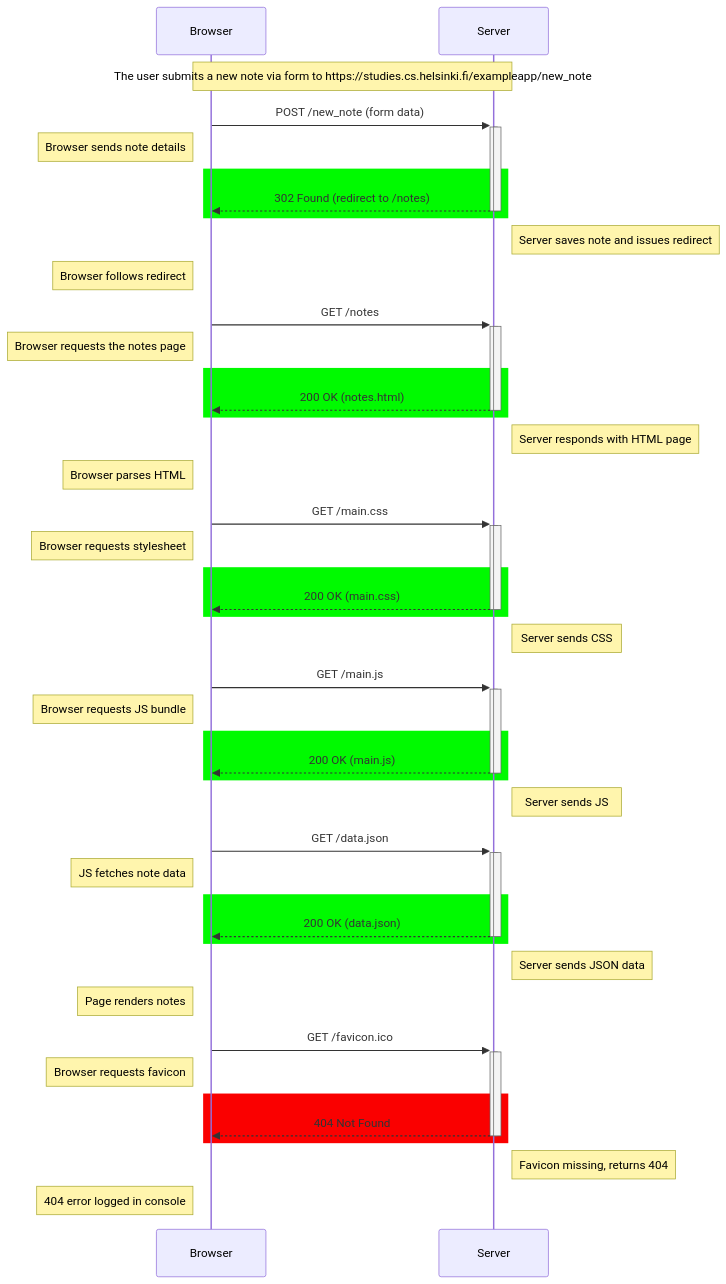
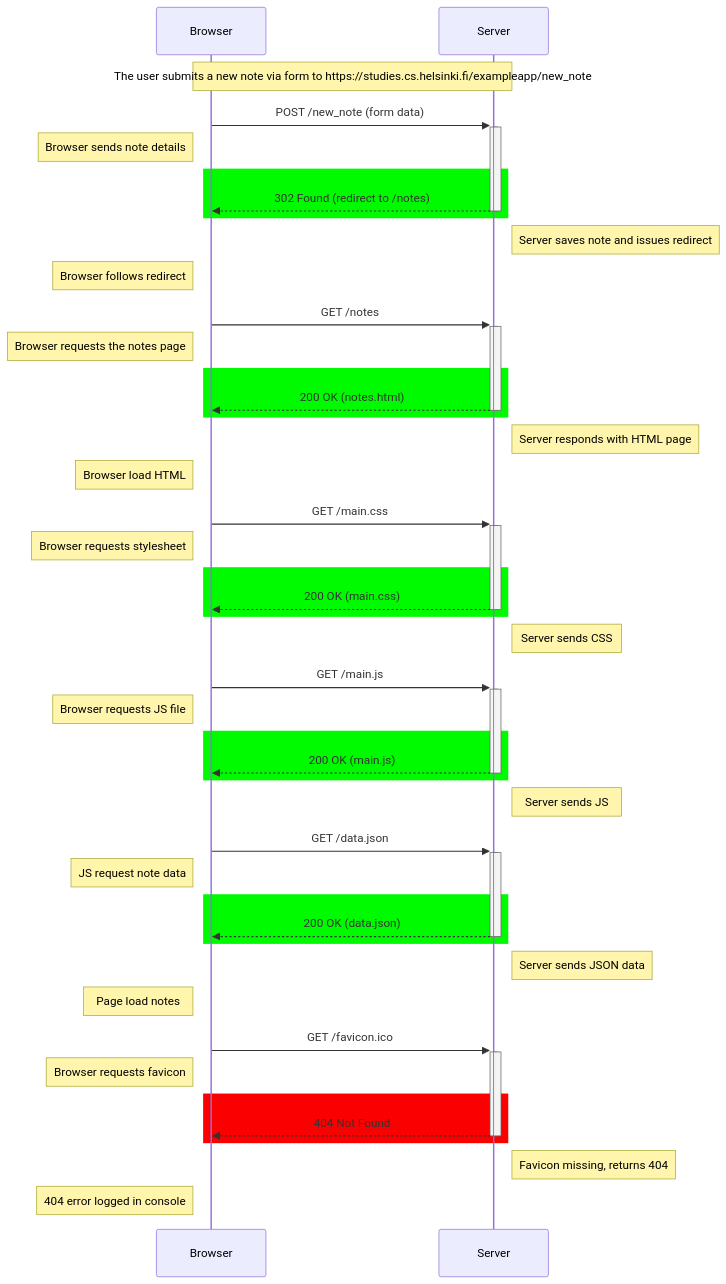
The diagram in part0/0.4 SequenceDiagram.md (elicett/fullstackopen), drawn with Mermaid before and after one commit.

Commit message:
Improved the 0.4 sequence diagram (2)

````diff
--- a/part0/0.4 SequenceDiagram.md
+++ b/part0/0.4 SequenceDiagram.md
@@ -1,65 +1,65 @@
 ```mermaid
 sequenceDiagram
     participant Browser
     participant Server
 
     Note over Browser, Server: The user submits a new note via form to https://studies.cs.helsinki.fi/exampleapp/new_note
 
     Browser->>+Server: POST /new_note (form data)
     activate Server
     Note left of Browser: Browser sends note details
     rect rgb(0,250,0)
     Server-->>-Browser: 302 Found (redirect to /notes)
     deactivate Server
     end
     Note right of Server: Server saves note and issues redirect
     Note left of Browser: Browser follows redirect
 
     Browser->>+Server: GET /notes
     activate Server
     Note left of Browser: Browser requests the notes page
     rect rgb(0,250,0)
     Server-->>-Browser: 200 OK (notes.html)
     deactivate Server
     end
     Note right of Server: Server responds with HTML page
-    Note left of Browser: Browser parses HTML
+    Note left of Browser: Browser load HTML
 
     Browser->>+Server: GET /main.css
     activate Server
     Note left of Browser: Browser requests stylesheet
     rect rgb(0,250,0)
     Server-->>-Browser: 200 OK (main.css)
     deactivate Server
     end
     Note right of Server: Server sends CSS
 
     Browser->>+Server: GET /main.js
     activate Server
-    Note left of Browser: Browser requests JS bundle
+    Note left of Browser: Browser requests JS file
     rect rgb(0,250,0)
     Server-->>-Browser: 200 OK (main.js)
     deactivate Server
     end
     Note right of Server: Server sends JS
 
     Browser->>+Server: GET /data.json
     activate Server
-    Note left of Browser: JS fetches note data
+    Note left of Browser: JS request note data
     rect rgb(0,250,0)
     Server-->>-Browser: 200 OK (data.json)
     deactivate Server
     end
     Note right of Server: Server sends JSON data
-    Note left of Browser: Page renders notes
+    Note left of Browser: Page load notes
 
     Browser->>+Server: GET /favicon.ico
     activate Server
     Note left of Browser: Browser requests favicon
     rect rgb(250,0,0)
     Server-->>-Browser: 404 Not Found
     deactivate Server
     end
     Note right of Server: Favicon missing, returns 404
     Note left of Browser: 404 error logged in console
 ```
````
